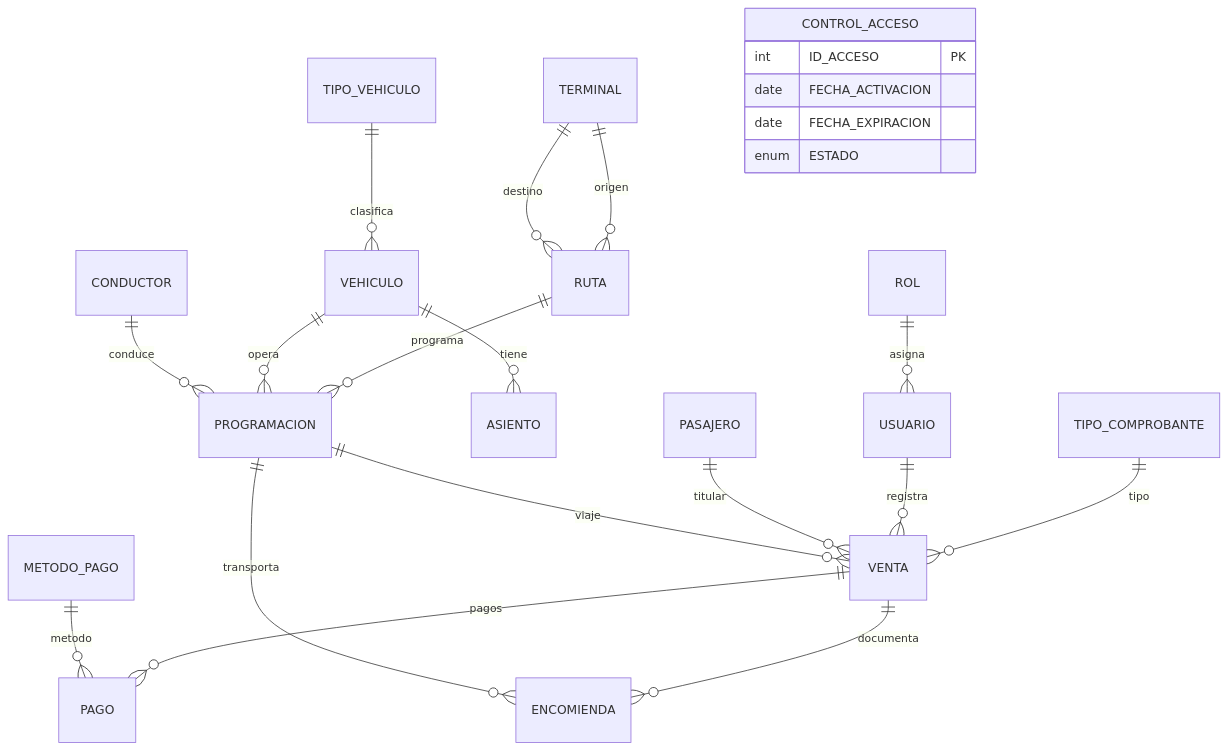
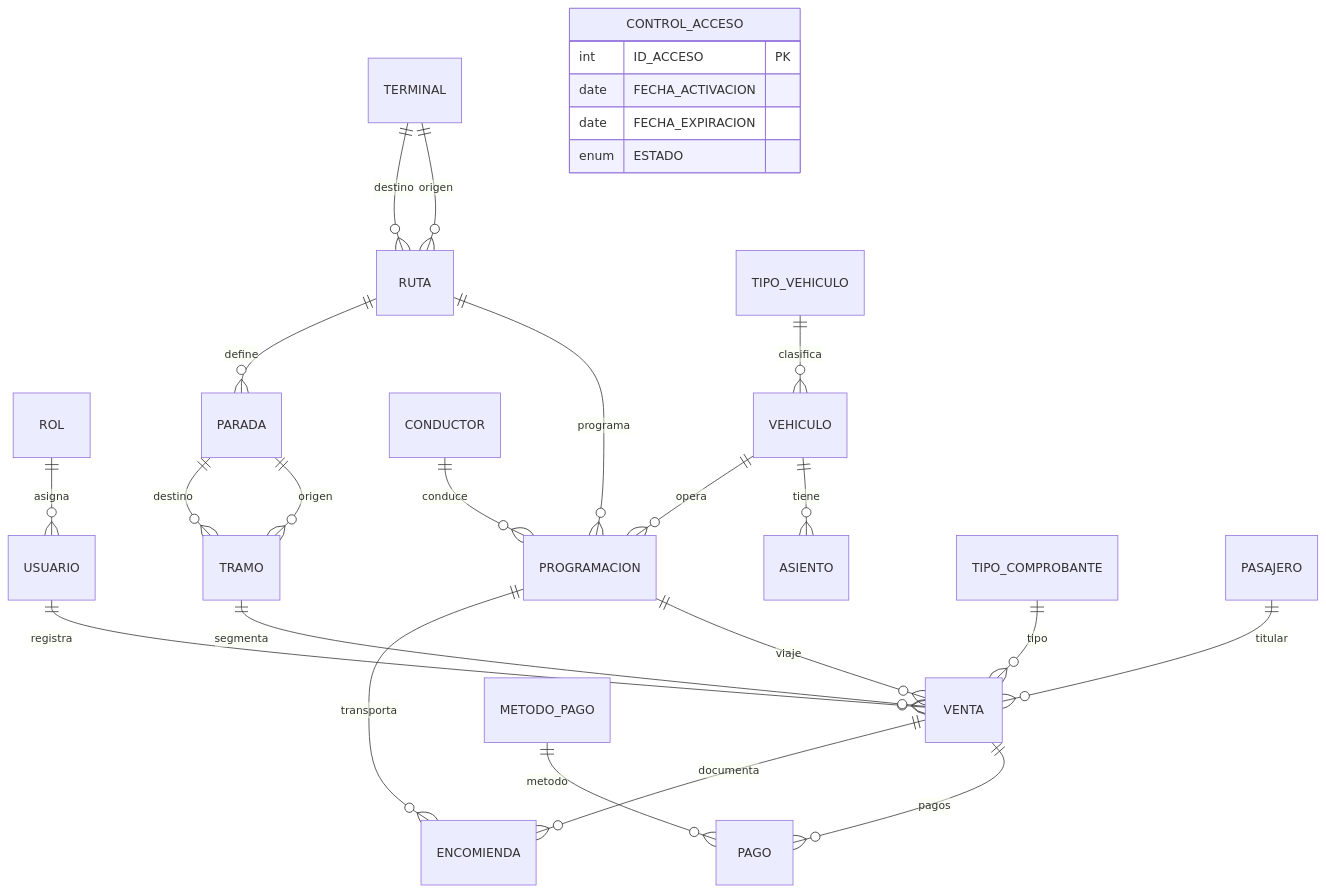
Before and after one commit to raminpz/sistema_venta_pasajes: the diagram in README.md, drawn with Mermaid. The commit also changed other lines of this file and 37 other files, not shown here.

Commit message:
Se agrega PARADA y TRAMO, para mayor consistencia

````diff
--- a/README.md
+++ b/README.md
@@ -103,29 +105,33 @@
 ```mermaid
 erDiagram
   ROL ||--o{ USUARIO : "asigna"
   TERMINAL ||--o{ RUTA : "origen"
   TERMINAL ||--o{ RUTA : "destino"
   TIPO_VEHICULO ||--o{ VEHICULO : "clasifica"
   VEHICULO ||--o{ ASIENTO : "tiene"
   RUTA ||--o{ PROGRAMACION : "programa"
   VEHICULO ||--o{ PROGRAMACION : "opera"
   CONDUCTOR ||--o{ PROGRAMACION : "conduce"
+  RUTA ||--o{ PARADA : "define"
+  PARADA ||--o{ TRAMO : "origen"
+  PARADA ||--o{ TRAMO : "destino"
 
   TIPO_COMPROBANTE ||--o{ VENTA : "tipo"
   USUARIO ||--o{ VENTA : "registra"
   PASAJERO ||--o{ VENTA : "titular"
   PROGRAMACION ||--o{ VENTA : "viaje"
+  TRAMO ||--o{ VENTA : "segmenta"
 
   VENTA ||--o{ PAGO : "pagos"
   METODO_PAGO ||--o{ PAGO : "metodo"
 
   VENTA ||--o{ ENCOMIENDA : "documenta"
   PROGRAMACION ||--o{ ENCOMIENDA : "transporta"
 
   CONTROL_ACCESO {
     int ID_ACCESO PK
     date FECHA_ACTIVACION
     date FECHA_EXPIRACION
     enum ESTADO
   }
 ```
````
